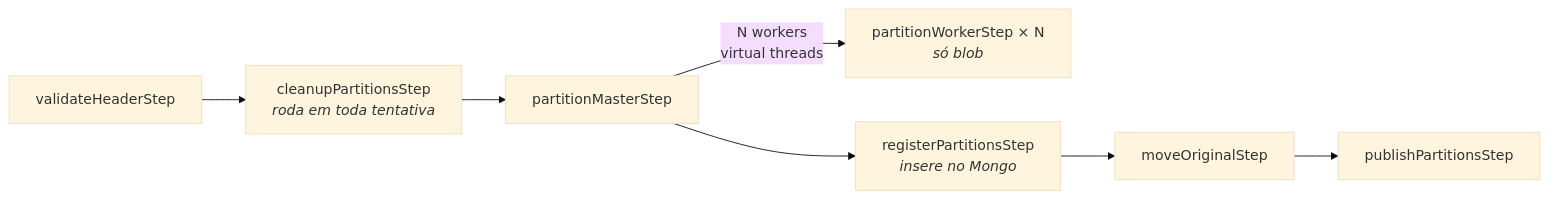
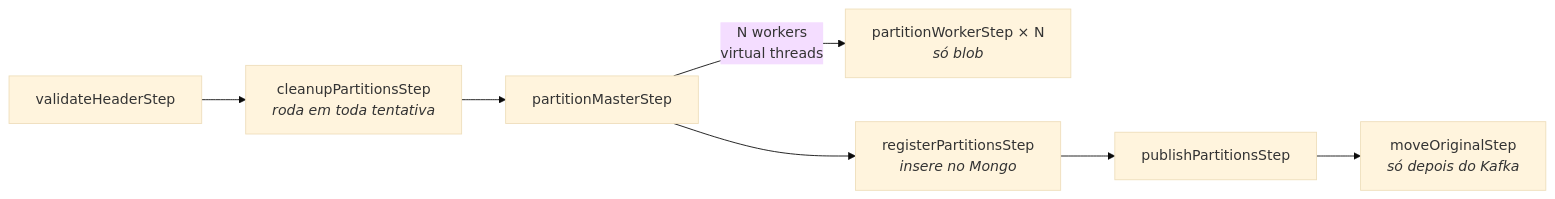
The second of 2 diagrams in docs/ARCHITECTURE.md (AlexandreSouzaRocha/poc-spring-batch-scheduled-lock), drawn with Mermaid (base theme) before and after one commit. The commit also changed other lines of this file and 3 other files, not shown here.

````diff
--- a/docs/ARCHITECTURE.md
+++ b/docs/ARCHITECTURE.md
@@ -94,7 +102,7 @@
 ```mermaid
 flowchart LR
     V["validateHeaderStep"] --> C["cleanupPartitionsStep<br/><i>roda em toda tentativa</i>"]
     C --> M["partitionMasterStep"]
     M -->|N workers<br/>virtual threads| W["partitionWorkerStep × N<br/><i>só blob</i>"]
-    M --> R["registerPartitionsStep<br/><i>insere no Mongo</i>"] --> MV["moveOriginalStep"] --> P["publishPartitionsStep"]
+    M --> R["registerPartitionsStep<br/><i>insere no Mongo</i>"] --> P["publishPartitionsStep"] --> MV["moveOriginalStep<br/><i>só depois do Kafka</i>"]
 ```
````
